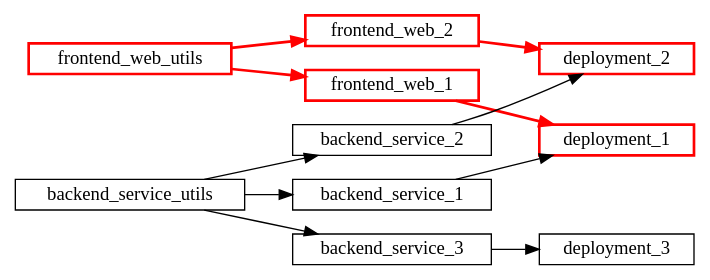
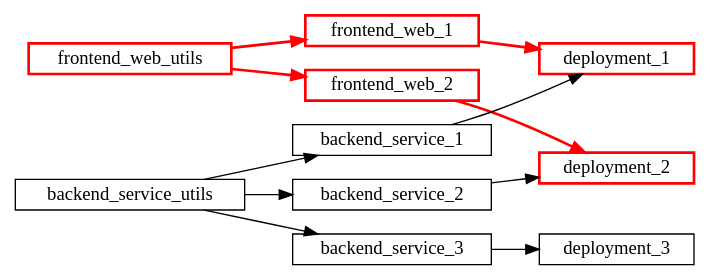
The third of 7 diagrams in blog/modules/ROOT/pages/3-selective-test-execution.adoc (com-lihaoyi/mill), drawn with Graphviz before and after one commit. The commit also changed other lines of this file, not shown here.

````diff
--- a/blog/modules/ROOT/pages/3-selective-test-execution.adoc
+++ b/blog/modules/ROOT/pages/3-selective-test-execution.adoc
@@ -169,16 +171,18 @@
 ```graphviz
 digraph G {
   rankdir=LR
   node [shape=box width=0 height=0 style=filled fillcolor=white]
   frontend_web_utils [color=red, penwidth=2]
+  frontend_web_2 [color=red, penwidth=2]
+  deployment_2 [color=red, penwidth=2]
   frontend_web_1 [color=red, penwidth=2]
   deployment_1 [color=red, penwidth=2]
-  frontend_web_2 [color=red, penwidth=2]
-  deployment_2 [color=red, penwidth=2]
+
   frontend_web_utils -> frontend_web_1 -> deployment_1 [color=red, penwidth=2]
   frontend_web_utils -> frontend_web_2 -> deployment_2 [color=red, penwidth=2]
+
+  backend_service_utils -> backend_service_3 -> deployment_3
+  backend_service_utils -> backend_service_2 -> deployment_2
   backend_service_utils -> backend_service_1 -> deployment_1
-  backend_service_utils -> backend_service_2 -> deployment_2
-  backend_service_utils -> backend_service_3 -> deployment_3
 }
 ```
````
